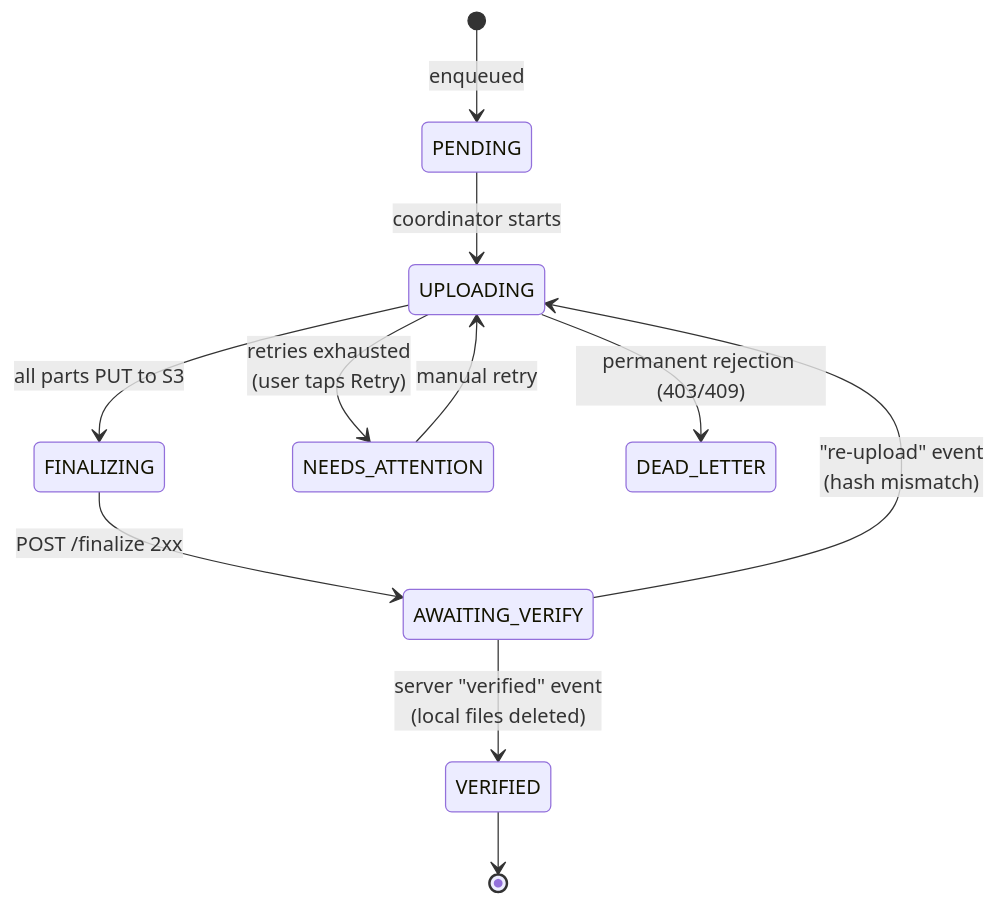
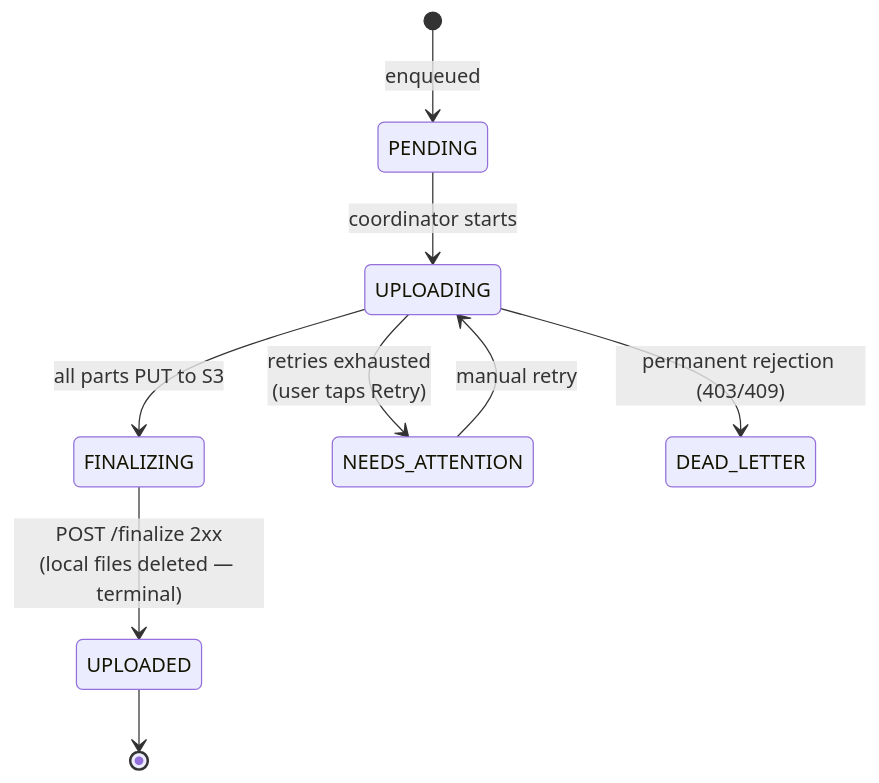
The fourth of 5 diagrams in DATA-MODEL.md (adnaanmhd/hl-homelander), drawn with Mermaid before and after one commit. The commit also changed other lines of this file and 160 other files, not shown here.

````diff
--- a/DATA-MODEL.md
+++ b/DATA-MODEL.md
@@ -585,13 +587,11 @@
 ```mermaid
 stateDiagram-v2
     [*] --> PENDING: enqueued
     PENDING --> UPLOADING: coordinator starts
     UPLOADING --> FINALIZING: all parts PUT to S3
-    FINALIZING --> AWAITING_VERIFY: POST /finalize 2xx
-    AWAITING_VERIFY --> VERIFIED: server "verified" event<br/>(local files deleted)
+    FINALIZING --> UPLOADED: POST /finalize 2xx<br/>(local files deleted — terminal)
     UPLOADING --> NEEDS_ATTENTION: retries exhausted<br/>(user taps Retry)
     NEEDS_ATTENTION --> UPLOADING: manual retry
     UPLOADING --> DEAD_LETTER: permanent rejection (403/409)
-    AWAITING_VERIFY --> UPLOADING: "re-upload" event<br/>(hash mismatch)
-    VERIFIED --> [*]
+    UPLOADED --> [*]
 ```
````
